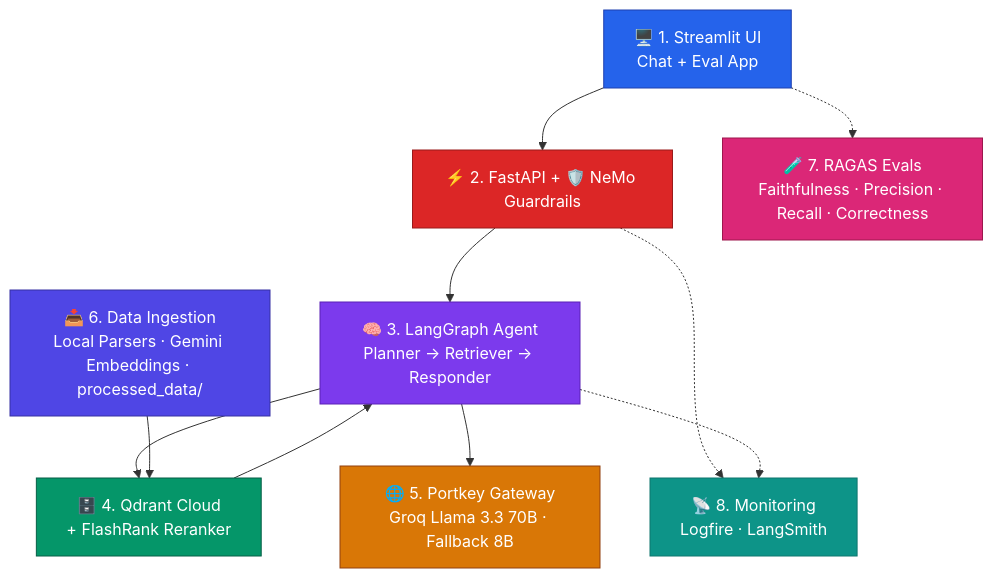
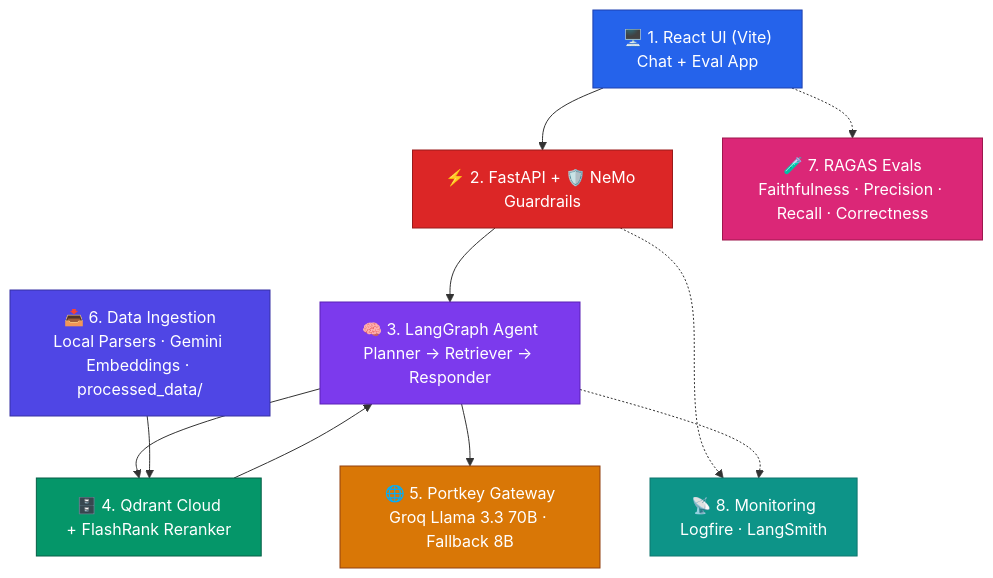
Before and after one commit to maheshnallada/KubeAegis: the third of 3 diagrams in ARCHITECTURE.md, drawn with Mermaid. The commit also changed other lines of this file and 44 other files, not shown here.

````diff
--- a/ARCHITECTURE.md
+++ b/ARCHITECTURE.md
@@ -235,37 +235,37 @@
 ```mermaid
 graph TB
-    A["🖥️ 1. Streamlit UI\nChat + Eval App"]
+    A["🖥️ 1. React UI (Vite)\nChat + Eval App"]
     B["⚡ 2. FastAPI + 🛡️ NeMo Guardrails"]
     C["🧠 3. LangGraph Agent\nPlanner → Retriever → Responder"]
     D["🗄️ 4. Qdrant Cloud\n+ FlashRank Reranker"]
     E["🌐 5. Portkey Gateway\nGroq Llama 3.3 70B · Fallback 8B"]
     F["📥 6. Data Ingestion\nLocal Parsers · Gemini Embeddings · processed_data/"]
     G["🧪 7. RAGAS Evals\nFaithfulness · Precision · Recall · Correctness"]
     H["📡 8. Monitoring\nLogfire · LangSmith"]
 
     A --> B --> C
     C --> D --> C
     C --> E
     F --> D
     A -.-> G
     B -.-> H
     C -.-> H
 
     classDef ui      fill:#2563EB,stroke:#1E40AF,color:#fff
     classDef safety  fill:#DC2626,stroke:#991B1B,color:#fff
     classDef agent   fill:#7C3AED,stroke:#5B21B6,color:#fff
     classDef db      fill:#059669,stroke:#065F46,color:#fff
     classDef llm     fill:#D97706,stroke:#92400E,color:#fff
     classDef ingest  fill:#4F46E5,stroke:#3730A3,color:#fff
     classDef evals   fill:#DB2777,stroke:#9D174D,color:#fff
     classDef obs     fill:#0D9488,stroke:#0F766E,color:#fff
 
     class A ui
     class B safety
     class C agent
     class D db
     class E llm
     class F ingest
     class G evals
     class H obs
 ```
````
